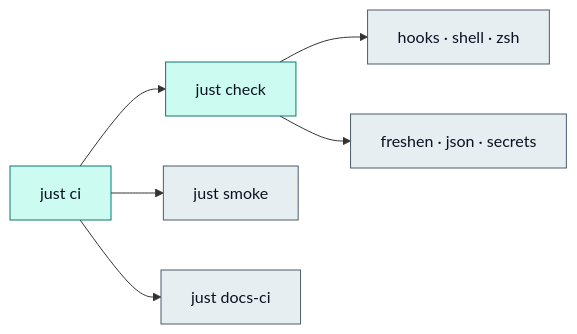
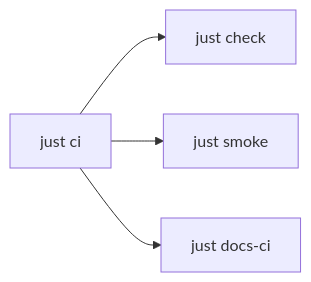
One commit to wyattowalsh/dotfiles changed the diagram in docs/content/docs/validation.mdx. Above: the diagram before and after it, drawn with Mermaid. The commit also changed other lines of this file and 22 other files, not shown here.

````diff
--- a/docs/content/docs/validation.mdx
+++ b/docs/content/docs/validation.mdx
@@ -8,13 +15,6 @@
 ```mermaid
 flowchart LR
-  A["just check"] --> B[hooks · shell · zsh]
-  A --> C[freshen · json · secrets]
-  D["just ci"] --> A
-  D --> E["just smoke"]
-  D --> F["just docs-ci"]
-
-  classDef signal fill:#ccfbf1,stroke:#0f766e,color:#0b1220
-  classDef mute fill:#e6eef2,stroke:#4a5d6a,color:#0b1220
-  class A,D signal
-  class B,C,E,F mute
+  A["just ci"] --> B["just check"]
+  A --> C["just smoke"]
+  A --> D["just docs-ci"]
 ```
````
